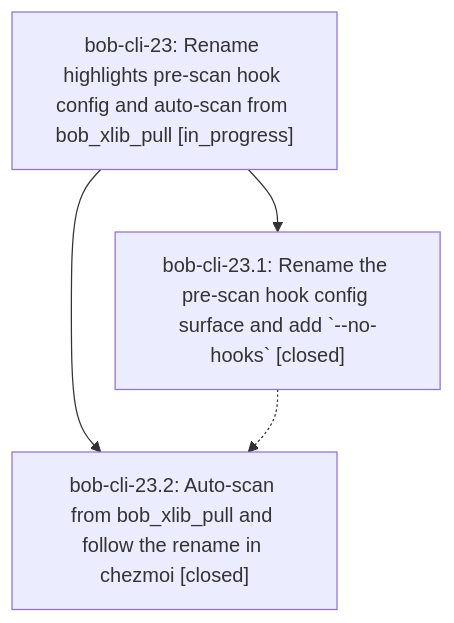
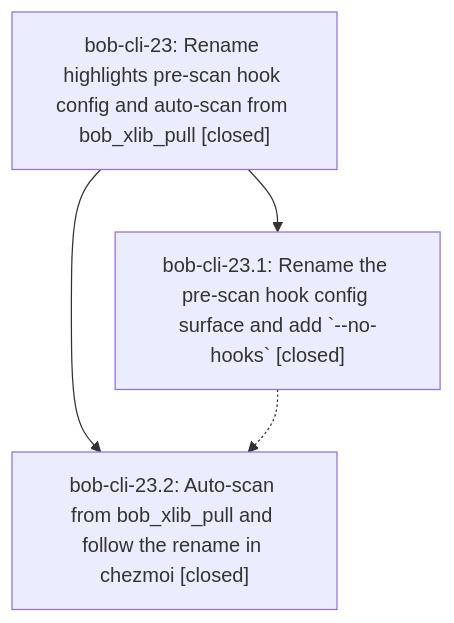
One commit to bobs-org/bob-cli--beads changed the diagram in pages/bob-cli-23/README.md. Above: the diagram before and after it, drawn with Mermaid. The commit also changed other lines of this file, not shown here.

First line of the commit message:
chore(beads): sync bead state and pages for bob-cli-23

````diff
--- a/pages/bob-cli-23/README.md
+++ b/pages/bob-cli-23/README.md
@@ -23,9 +96,9 @@
 ```mermaid
 flowchart TD
-    n0["bob-cli-23: Rename highlights pre-scan hook config and auto-scan from bob_xlib_pull [in_progress]"]
+    n0["bob-cli-23: Rename highlights pre-scan hook config and auto-scan from bob_xlib_pull [closed]"]
     n1["bob-cli-23.1: Rename the pre-scan hook config surface and add `--no-hooks` [closed]"]
     n2["bob-cli-23.2: Auto-scan from bob_xlib_pull and follow the rename in chezmoi [closed]"]
     n0 --> n1
     n0 --> n2
     n1 -.-> n2
 ```
````
